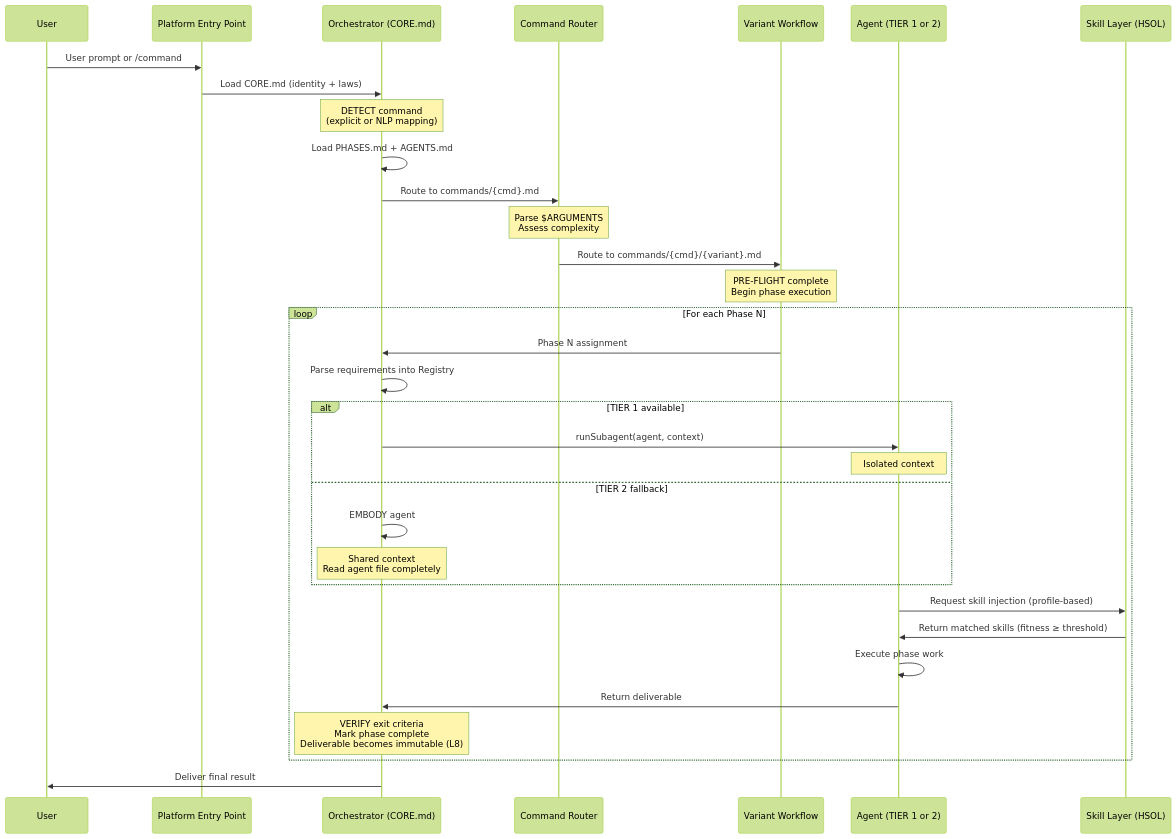
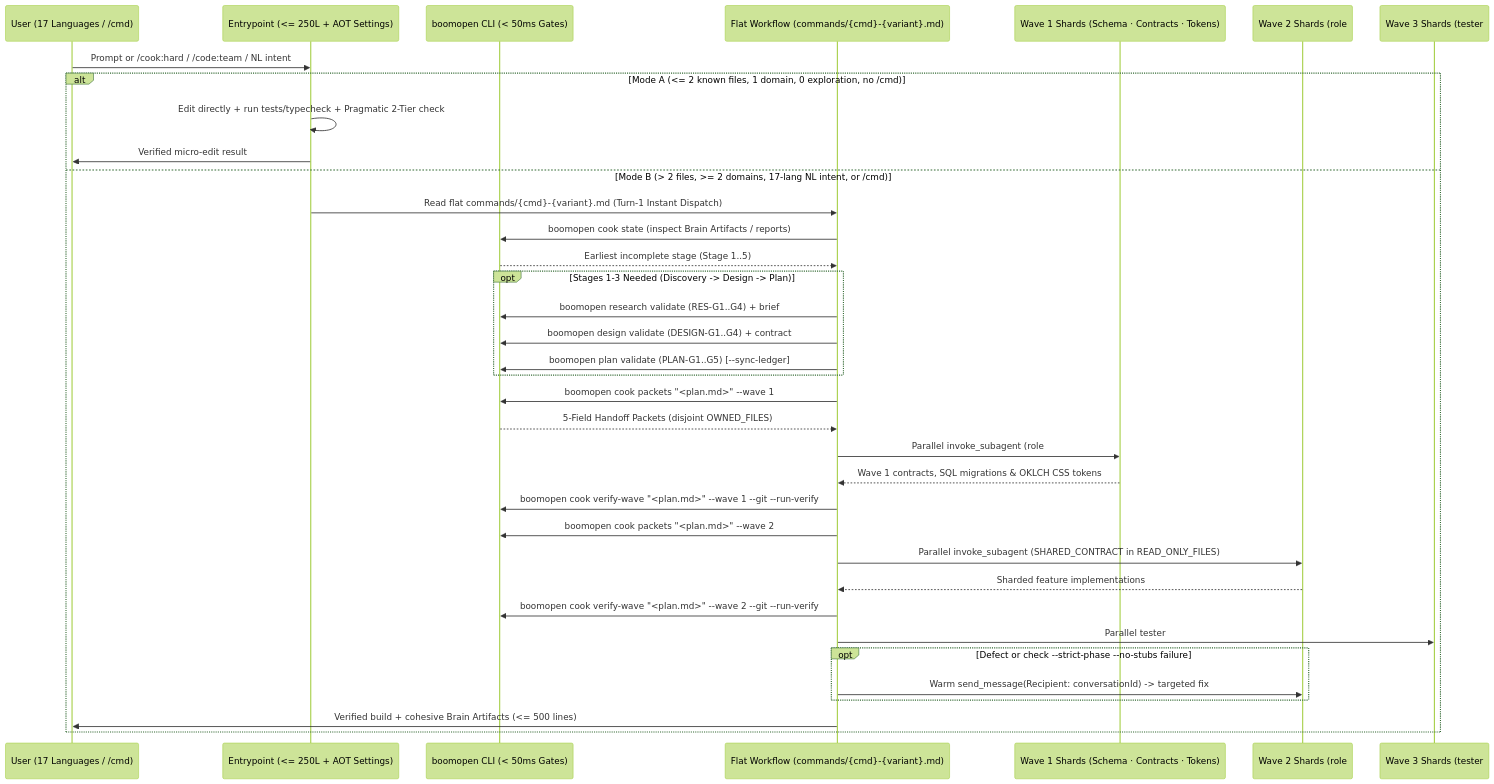
One commit to Kennyboom/BoomOpen-Workflow-Kit-Pro changed the first of 5 diagrams in documents/knowledge-architecture/03-data-flow.md. Above: the diagram before and after it, drawn with Mermaid (forest theme). The commit also changed other lines of this file and 302 other files, not shown here.

````diff
--- a/documents/knowledge-architecture/03-data-flow.md
+++ b/documents/knowledge-architecture/03-data-flow.md
@@ -25,44 +25,39 @@
 ```mermaid
 sequenceDiagram
-    participant U as User
-    participant EP as Platform Entry Point
-    participant ORC as Orchestrator (CORE.md)
-    participant R as Command Router
-    participant V as Variant Workflow
-    participant A as Agent (TIER 1 or 2)
-    participant S as Skill Layer (HSOL)
+    participant U as User (17 Languages / /cmd)
+    participant EP as Entrypoint (<= 250L + AOT Settings)
+    participant CLI as boomopen CLI (< 50ms Gates)
+    participant W as Flat Workflow (commands/{cmd}-{variant}.md)
+    participant S1 as Wave 1 Shards (Schema · Contracts · Tokens)
+    participant S2 as Wave 2 Shards (role#shard <= 3-4 Files)
+    participant QA as Wave 3 Shards (tester#1..k · reviewer#1..m)
 
-    U->>EP: User prompt or /command
-    EP->>ORC: Load CORE.md (identity + laws)
-    
-    Note over ORC: DETECT command<br/>(explicit or NLP mapping)
-    ORC->>ORC: Load PHASES.md + AGENTS.md
-    ORC->>R: Route to commands/{cmd}.md
-    
-    Note over R: Parse $ARGUMENTS<br/>Assess complexity
-    R->>V: Route to commands/{cmd}/{variant}.md
-    
-    Note over V: PRE-FLIGHT complete<br/>Begin phase execution
-
-    loop For each Phase N
-        V->>ORC: Phase N assignment
-        ORC->>ORC: Parse requirements into Registry
-        
-        alt TIER 1 available
-            ORC->>A: runSubagent(agent, context)
-            Note over A: Isolated context
-        else TIER 2 fallback
-            ORC->>ORC: EMBODY agent
-            Note over ORC: Shared context<br/>Read agent file completely
+    U->>EP: Prompt or /cook:hard / /code:team / NL intent
+    alt Mode A (<= 2 known files, 1 domain, 0 exploration, no /cmd)
+        EP->>EP: Edit directly + run tests/typecheck + Pragmatic 2-Tier check
+        EP->>U: Verified micro-edit result
+    else Mode B (> 2 files, >= 2 domains, 17-lang NL intent, or /cmd)
+        EP->>W: Read flat commands/{cmd}-{variant}.md (Turn-1 Instant Dispatch)
+        W->>CLI: boomopen cook state (inspect Brain Artifacts / reports)
+        CLI-->>W: Earliest incomplete stage (Stage 1..5)
+        opt Stages 1-3 Needed (Discovery -> Design -> Plan)
+            W->>CLI: boomopen research validate (RES-G1..G4) + brief
+            W->>CLI: boomopen design validate (DESIGN-G1..G4) + contract
+            W->>CLI: boomopen plan validate (PLAN-G1..G5) [--sync-ledger]
         end
-        
-        A->>S: Request skill injection (profile-based)
-        S->>A: Return matched skills (fitness ≥ threshold)
-        A->>A: Execute phase work
-        A->>ORC: Return deliverable
-        
-        Note over ORC: VERIFY exit criteria<br/>Mark phase complete<br/>Deliverable becomes immutable (L8)
+        W->>CLI: boomopen cook packets "<plan.md>" --wave 1
+        CLI-->>W: 5-Field Handoff Packets (disjoint OWNED_FILES)
+        W->>S1: Parallel invoke_subagent (role#shard -> conversationId)
+        S1-->>W: Wave 1 contracts, SQL migrations & OKLCH CSS tokens
+        W->>CLI: boomopen cook verify-wave "<plan.md>" --wave 1 --git --run-verify
+        W->>CLI: boomopen cook packets "<plan.md>" --wave 2
+        W->>S2: Parallel invoke_subagent (SHARED_CONTRACT in READ_ONLY_FILES)
+        S2-->>W: Sharded feature implementations
+        W->>CLI: boomopen cook verify-wave "<plan.md>" --wave 2 --git --run-verify
+        W->>QA: Parallel tester#1..k + reviewer#1..m
+        opt Defect or check --strict-phase --no-stubs failure
+            W->>S2: Warm send_message(Recipient: conversationId) -> targeted fix
+        end
+        W->>U: Verified build + cohesive Brain Artifacts (<= 500 lines)
     end
-
-    ORC->>U: Deliver final result
 ```
````
